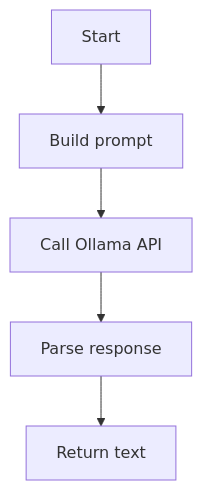
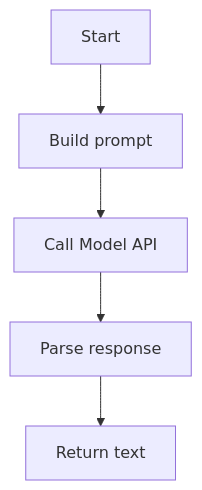
Before and after one commit to SaiVignesh45/Echo-Care: the eighth of 10 diagrams in README.md, drawn with Mermaid. The commit also changed other lines of this file, not shown here.

````diff
--- a/README.md
+++ b/README.md
@@ -247,7 +247,7 @@
 ```mermaid
 graph TD
     A[Start] --> B[Build prompt]
-    B --> C[Call Ollama API]
+    B --> C[Call Model API]
     C --> D[Parse response]
     D --> E[Return text]
 ```
````
